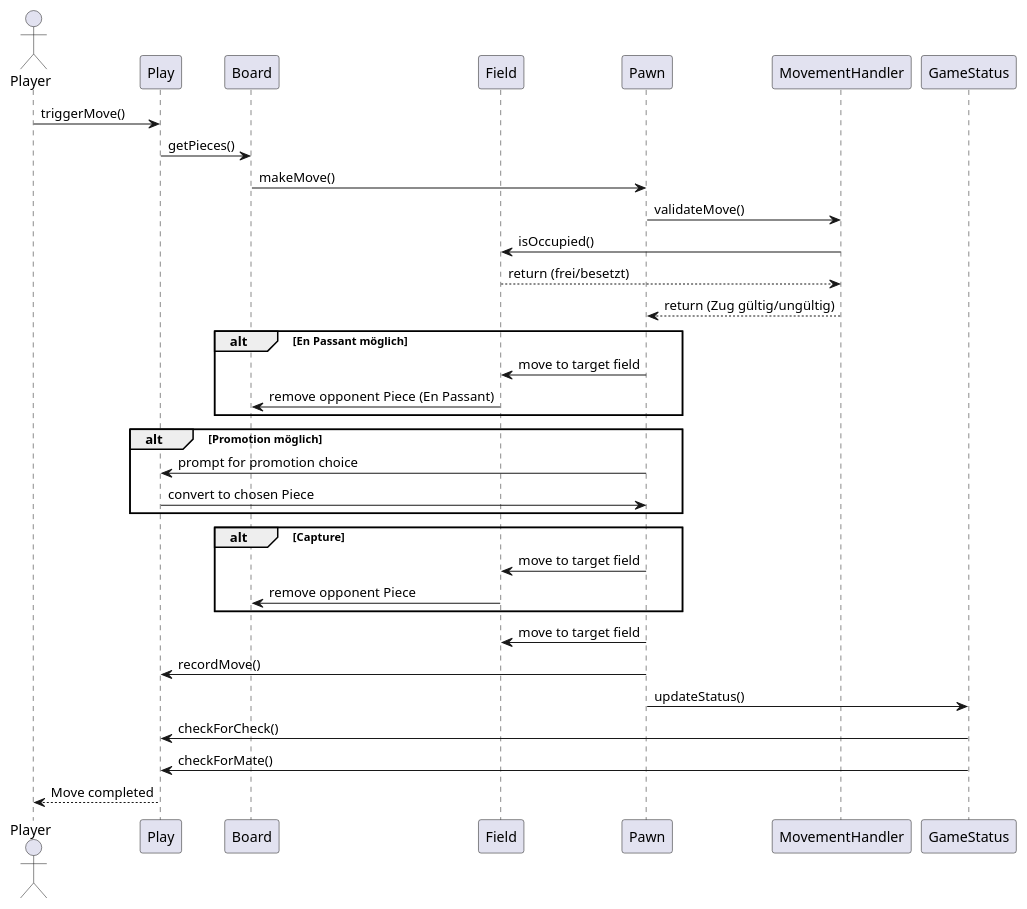
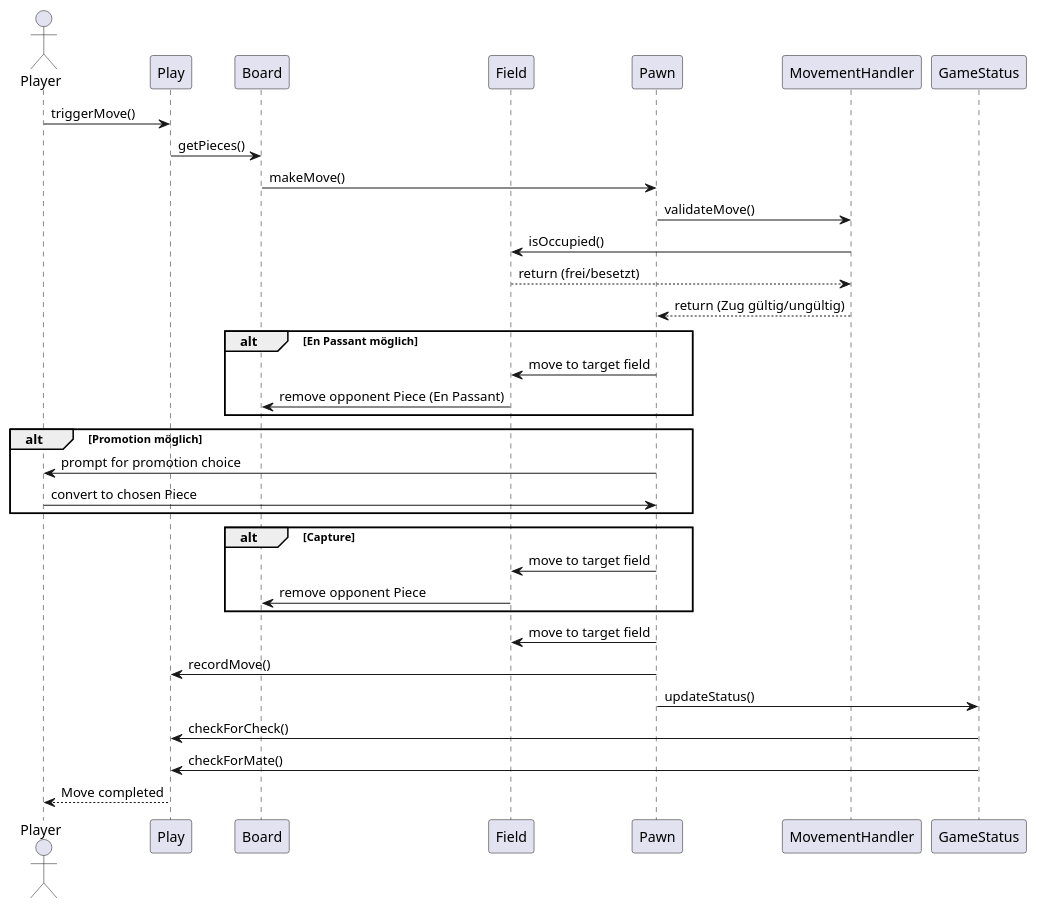
The diagram in sequenzDiagram.iuml (ruhlando/uni-project-chess), drawn with PlantUML before and after one commit.

```diff
--- a/sequenzDiagram.iuml
+++ b/sequenzDiagram.iuml
@@ -1,51 +1,51 @@
 @startuml
 
 ' Teilnehmer
 actor Player
 participant Play
 participant Board
 participant Field
 participant Pawn as Piece
 participant MovementHandler
 participant GameStatus
 
 ' Start des Zuges
 Player -> Play : triggerMove()
 Play -> Board : getPieces()
 Board -> Piece : makeMove()
 
 ' Validierung des Bauernzugs
 Piece -> MovementHandler : validateMove()
 MovementHandler -> Field : isOccupied()
 Field --> MovementHandler : return (frei/besetzt)
 MovementHandler --> Piece : return (Zug gültig/ungültig)
 
 ' Bedingung: En Passant, Promotion oder Schlagen
 alt En Passant möglich
     Piece -> Field : move to target field
     Field -> Board : remove opponent Piece (En Passant)
 end
 
 alt Promotion möglich
-    Piece -> Play : prompt for promotion choice
-    Play -> Piece : convert to chosen Piece
+    Piece -> Player : prompt for promotion choice
+    Player -> Piece : convert to chosen Piece
 end
 
 alt Capture
     Piece -> Field : move to target field
     Field -> Board : remove opponent Piece
 end
 
 ' Normaler Zug oder nach Sonderzug ausgeführt
 Piece -> Field : move to target field
 Piece -> Play : recordMove()
 
 ' Spielstatus aktualisieren
 Piece -> GameStatus : updateStatus()
 GameStatus -> Play : checkForCheck()
 GameStatus -> Play : checkForMate()
 
 ' Rückmeldung an den Spieler
 Play --> Player : Move completed
 
 @enduml
```
